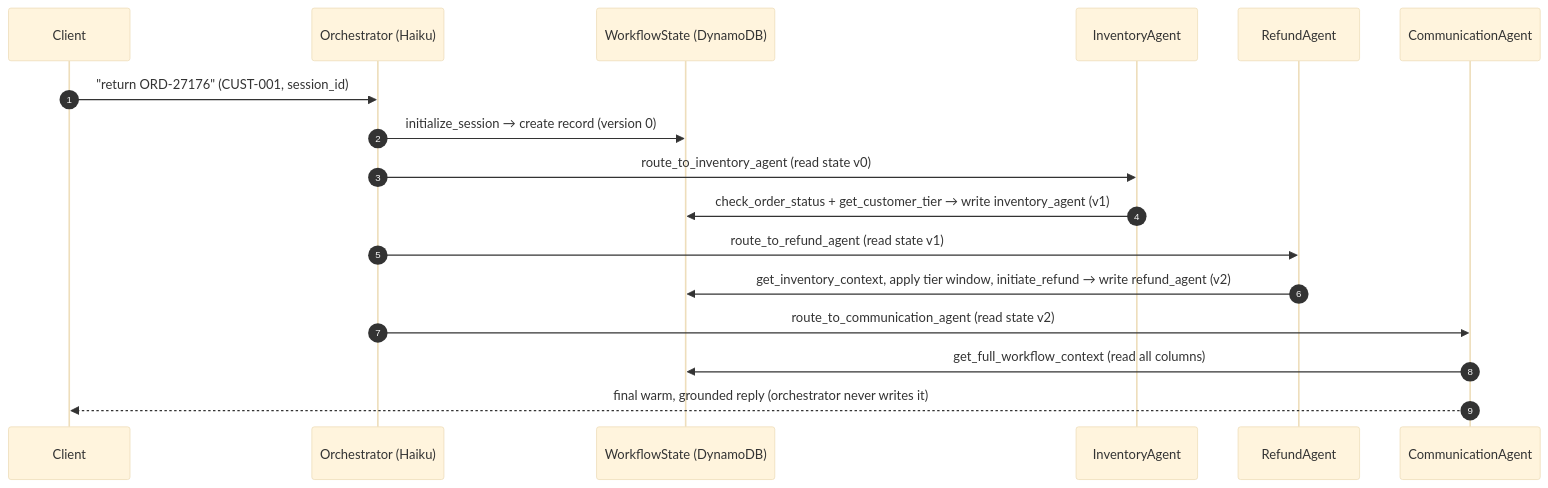
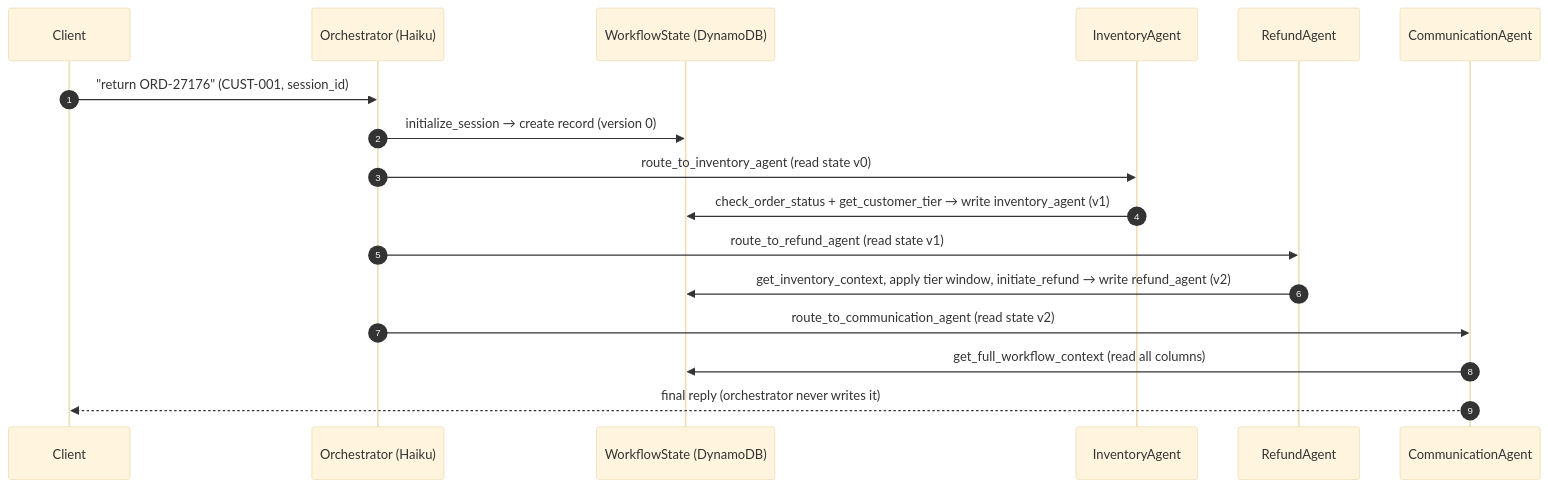
One commit to guigasque/aws-multi-agent-customer-service-system changed the second of 9 diagrams in starter/docs/ARCHITECTURE.md. Above: the diagram before and after it, drawn with Mermaid (base theme). The commit also changed other lines of this file and 11 other files, not shown here.

````diff
--- a/starter/docs/ARCHITECTURE.md
+++ b/starter/docs/ARCHITECTURE.md
@@ -71,20 +69,20 @@
 ```mermaid
 sequenceDiagram
     autonumber
     participant C as Client
     participant O as Orchestrator (Haiku)
     participant WS as WorkflowState (DynamoDB)
     participant I as InventoryAgent
     participant R as RefundAgent
     participant M as CommunicationAgent
 
     C->>O: "return ORD-27176" (CUST-001, session_id)
     O->>WS: initialize_session → create record (version 0)
     O->>I: route_to_inventory_agent (read state v0)
     I->>WS: check_order_status + get_customer_tier → write inventory_agent (v1)
     O->>R: route_to_refund_agent (read state v1)
     R->>WS: get_inventory_context, apply tier window, initiate_refund → write refund_agent (v2)
     O->>M: route_to_communication_agent (read state v2)
     M->>WS: get_full_workflow_context (read all columns)
-    M-->>C: final warm, grounded reply (orchestrator never writes it)
+    M-->>C: final reply (orchestrator never writes it)
 ```
````
